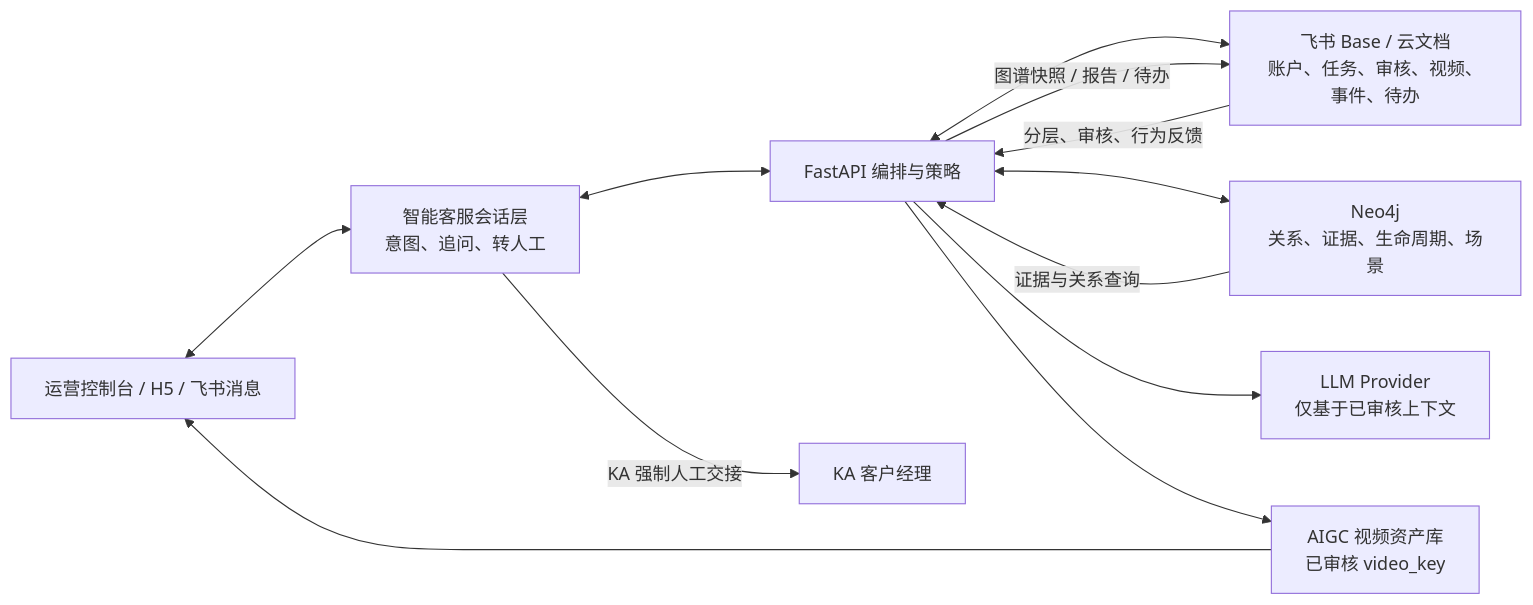
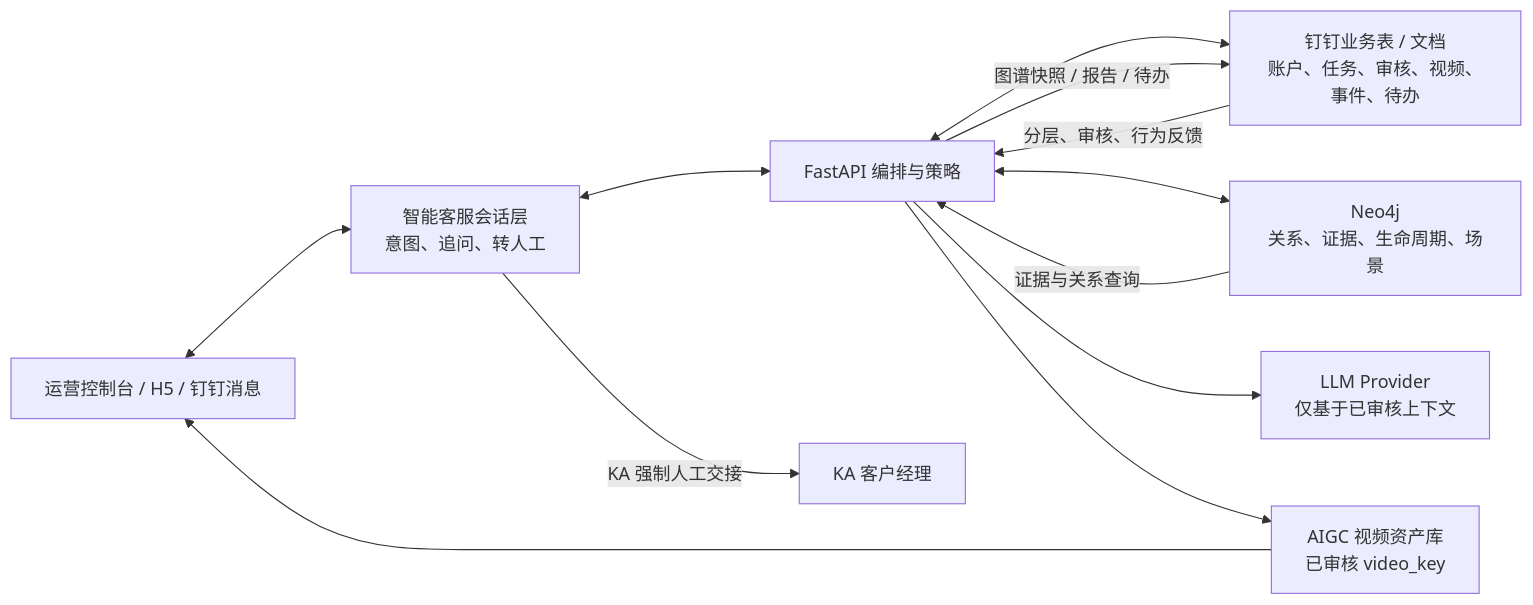
One commit to Hanlin-YE/Operation-Agent-Platform changed the diagram in docs/prd.md. Above: the diagram before and after it, drawn with Mermaid. The commit also changed other lines of this file and 60 other files, not shown here.

````diff
--- a/docs/prd.md
+++ b/docs/prd.md
@@ -334,14 +334,14 @@
 ```mermaid
 flowchart LR
-  UI["运营控制台 / H5 / 飞书消息"] <--> CS["智能客服会话层\n意图、追问、转人工"]
+  UI["运营控制台 / H5 / 钉钉消息"] <--> CS["智能客服会话层\n意图、追问、转人工"]
   CS <--> API["FastAPI 编排与策略"]
-  API <--> BASE["飞书 Base / 云文档\n账户、任务、审核、视频、事件、待办"]
+  API <--> BASE["钉钉业务表 / 文档\n账户、任务、审核、视频、事件、待办"]
   API <--> GRAPH["Neo4j\n关系、证据、生命周期、场景"]
   API --> LLM["LLM Provider\n仅基于已审核上下文"]
   API --> VIDEO["AIGC 视频资产库\n已审核 video_key"]
   VIDEO --> UI
   BASE -->|"分层、审核、行为反馈"| API
   API -->|"图谱快照 / 报告 / 待办"| BASE
   GRAPH -->|"证据与关系查询"| API
   CS -->|"KA 强制人工交接"| OWNER["KA 客户经理"]
 ```
````
